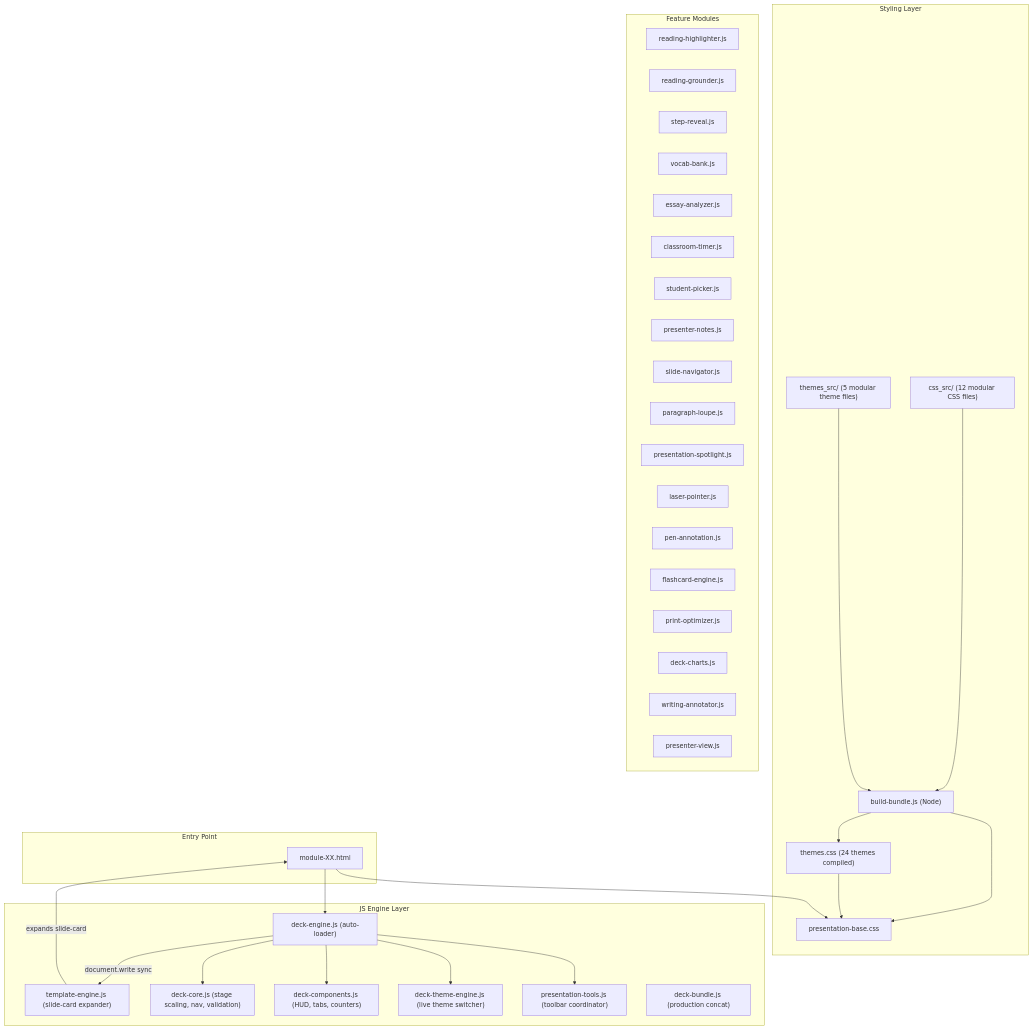
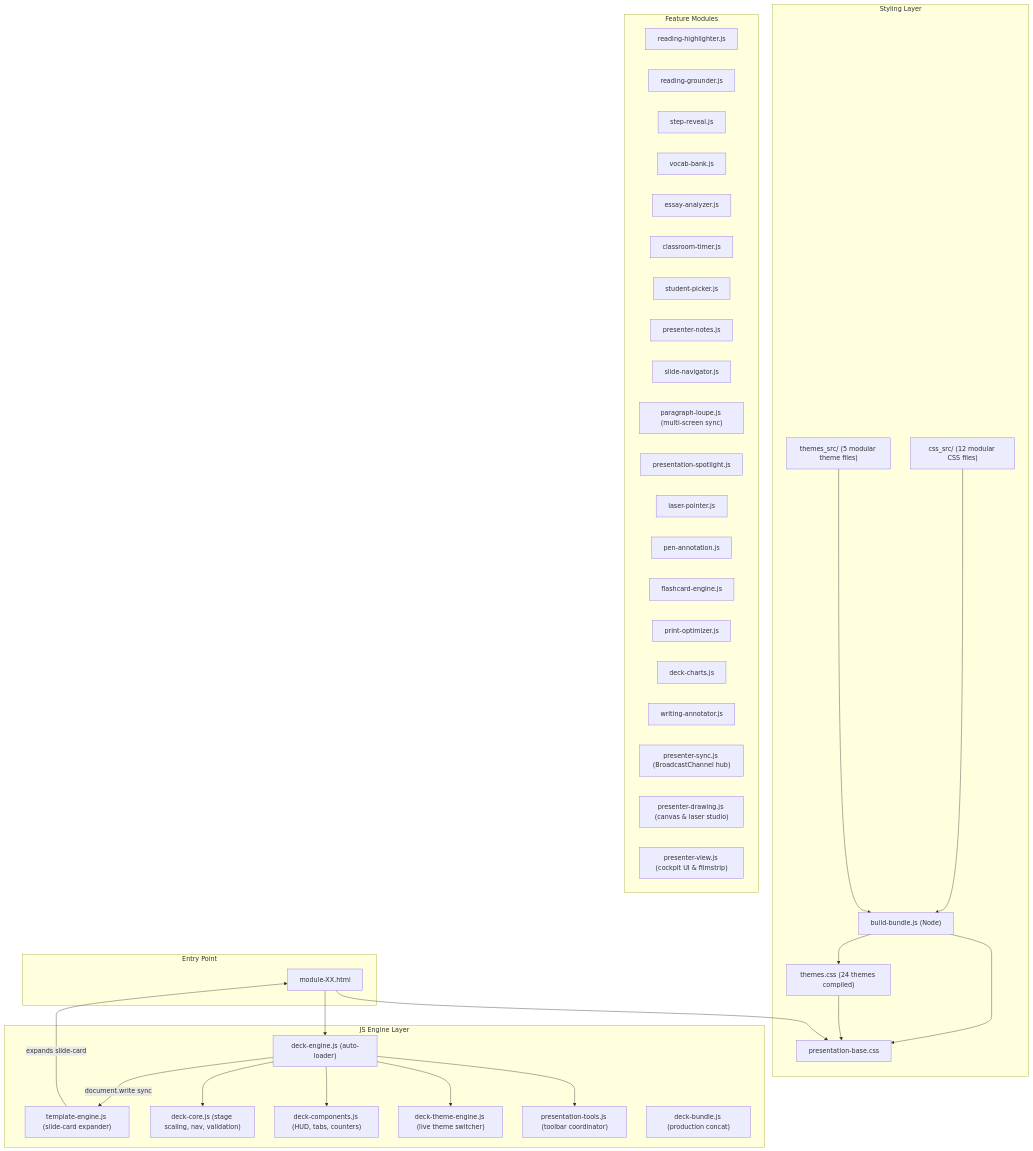
One commit to NeoTetsuya/Expert-IELTS-lessons changed the diagram in .agents/skills/ielts-presentation-authoring/references/architecture_and_rules.md. Above: the diagram before and after it, drawn with Mermaid. The commit also changed 2 other files, not shown here.

Commit message:
docs: update presentation guide, README, and architecture rules with modular presenter engines and loupe sync

````diff
--- a/.agents/skills/ielts-presentation-authoring/references/architecture_and_rules.md
+++ b/.agents/skills/ielts-presentation-authoring/references/architecture_and_rules.md
@@ -5,57 +5,59 @@
 ```mermaid
 graph TB
     subgraph "Entry Point"
         HTML["module-XX.html"]
     end
 
     subgraph "Styling Layer"
         CSS_SRC["css_src/ (12 modular CSS files)"]
         THEME_SRC["themes_src/ (5 modular theme files)"]
         BUILD["build-bundle.js (Node)"]
         CSS_OUT["presentation-base.css"]
         THEMES["themes.css (24 themes compiled)"]
         CSS_SRC --> BUILD --> CSS_OUT
         THEME_SRC --> BUILD --> THEMES
         THEMES --> CSS_OUT
     end
 
     subgraph "JS Engine Layer"
         LOADER["deck-engine.js (auto-loader)"]
         TMPL["template-engine.js (slide-card expander)"]
         CORE["deck-core.js (stage scaling, nav, validation)"]
         COMP["deck-components.js (HUD, tabs, counters)"]
         THEME_JS["deck-theme-engine.js (live theme switcher)"]
         TOOLS["presentation-tools.js (toolbar coordinator)"]
         BUNDLE["deck-bundle.js (production concat)"]
     end
 
     subgraph "Feature Modules"
         READ_HL["reading-highlighter.js"]
         READ_GR["reading-grounder.js"]
         STEP["step-reveal.js"]
         VOCAB["vocab-bank.js"]
         ESSAY["essay-analyzer.js"]
         TIMER["classroom-timer.js"]
         PICKER["student-picker.js"]
         NOTES["presenter-notes.js"]
         NAV["slide-navigator.js"]
-        LOUPE["paragraph-loupe.js"]
+        LOUPE["paragraph-loupe.js (multi-screen sync)"]
         SPOT["presentation-spotlight.js"]
         LASER["laser-pointer.js"]
         PEN["pen-annotation.js"]
         FLASH["flashcard-engine.js"]
         PRINT["print-optimizer.js"]
         CHARTS["deck-charts.js"]
         WRITE["writing-annotator.js"]
-        PVIEW["presenter-view.js"]
+        PSYNC["presenter-sync.js (BroadcastChannel hub)"]
+        PDRAW["presenter-drawing.js (canvas & laser studio)"]
+        PVIEW["presenter-view.js (cockpit UI & filmstrip)"]
     end
 
     HTML --> CSS_OUT
     HTML --> LOADER
     LOADER -->|"document.write sync"| TMPL
     LOADER --> CORE
     LOADER --> COMP
     LOADER --> THEME_JS
     LOADER --> TOOLS
     TMPL -->|"expands slide-card"| HTML
 ```
````
